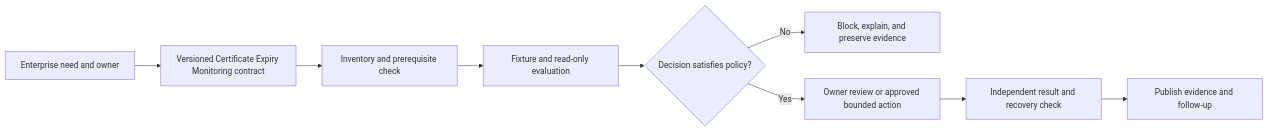
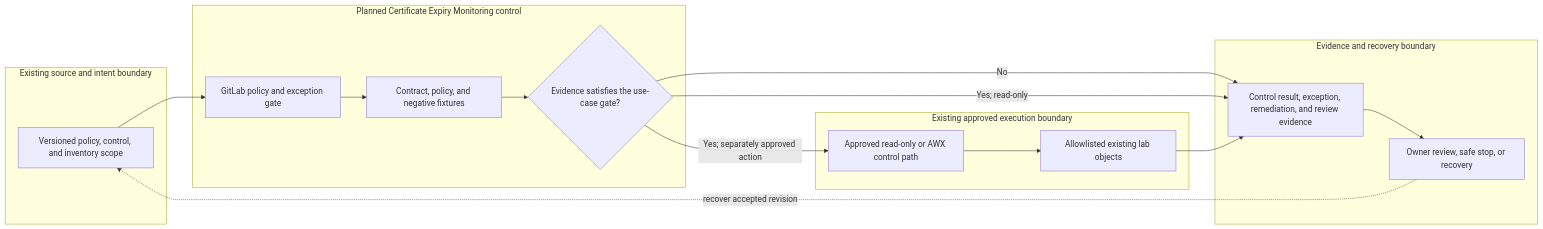
Before and after one commit to MIDHTECH/enterprise-architecture-docs: the diagram in docs/use-cases/governance/UC-GOV-010-certificate-expiry-monitoring.md, drawn with Mermaid. The commit also changed other lines of this file and 227 other files, not shown here.

Commit message:
Deepen architecture for all use case designs

````diff
--- a/docs/use-cases/governance/UC-GOV-010-certificate-expiry-monitoring.md
+++ b/docs/use-cases/governance/UC-GOV-010-certificate-expiry-monitoring.md
@@ -136,11 +129,25 @@
 ```mermaid
 flowchart LR
-    Need["Enterprise need and owner"] --> Contract["Versioned Certificate Expiry Monitoring contract"]
-    Contract --> Preflight["Inventory and prerequisite check"]
-    Preflight --> Evaluate["Fixture and read-only evaluation"]
-    Evaluate --> Decision{"Decision satisfies policy?"}
-    Decision -->|No| Stop["Block, explain, and preserve evidence"]
-    Decision -->|Yes| Review["Owner review or approved bounded action"]
-    Review --> Verify["Independent result and recovery check"]
-    Verify --> Publish["Publish evidence and follow-up"]
+    subgraph Source["Existing source and intent boundary"]
+        A["Versioned policy, control, and inventory scope"]
+    end
+    subgraph Planned["Planned Certificate Expiry Monitoring control"]
+        B["GitLab policy and exception gate"]
+        C["Contract, policy, and negative fixtures"]
+        D{"Evidence satisfies the use-case gate?"}
+    end
+    subgraph Runtime["Existing approved execution boundary"]
+        E["Approved read-only or AWX control path"]
+        F["Allowlisted existing lab objects"]
+    end
+    subgraph Assurance["Evidence and recovery boundary"]
+        G["Control result, exception, remediation, and review evidence"]
+        H["Owner review, safe stop, or recovery"]
+    end
+
+    A --> B --> C --> D
+    D -->|No| G --> H
+    D -->|Yes; read-only| G
+    D -->|Yes; separately approved action| E --> F --> G
+    H -. recover accepted revision .-> A
 ```
````
